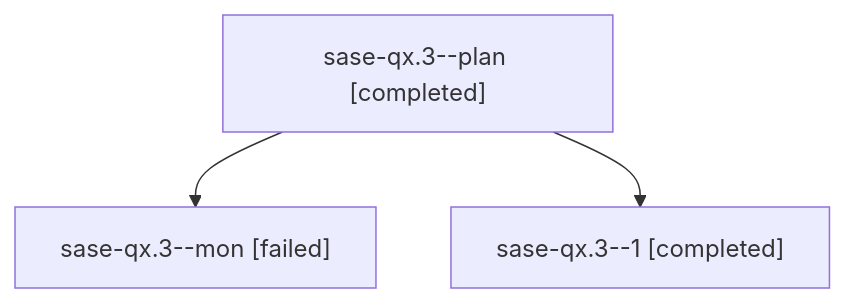
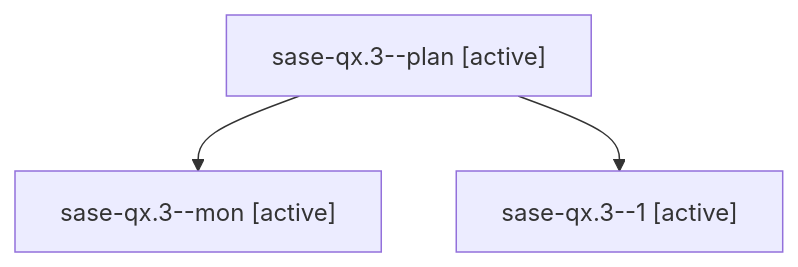
Before and after one commit to sase-org/sase--agents: the diagram in families/bbugyi200.athena.sase-qx.3.md, drawn with Mermaid. The commit also changed other lines of this file and 35830 other files, not shown here.

````diff
--- a/families/bbugyi200.athena.sase-qx.3.md
+++ b/families/bbugyi200.athena.sase-qx.3.md
@@ -9,8 +9,8 @@
 ```mermaid
 flowchart TD
-  n0["sase-qx.3--plan [completed]"]
-  n1["sase-qx.3--mon [failed]"]
+  n0["sase-qx.3--plan [active]"]
+  n1["sase-qx.3--mon [active]"]
   n0 --> n1
-  n2["sase-qx.3--1 [completed]"]
+  n2["sase-qx.3--1 [active]"]
   n0 --> n2
 ```
````
